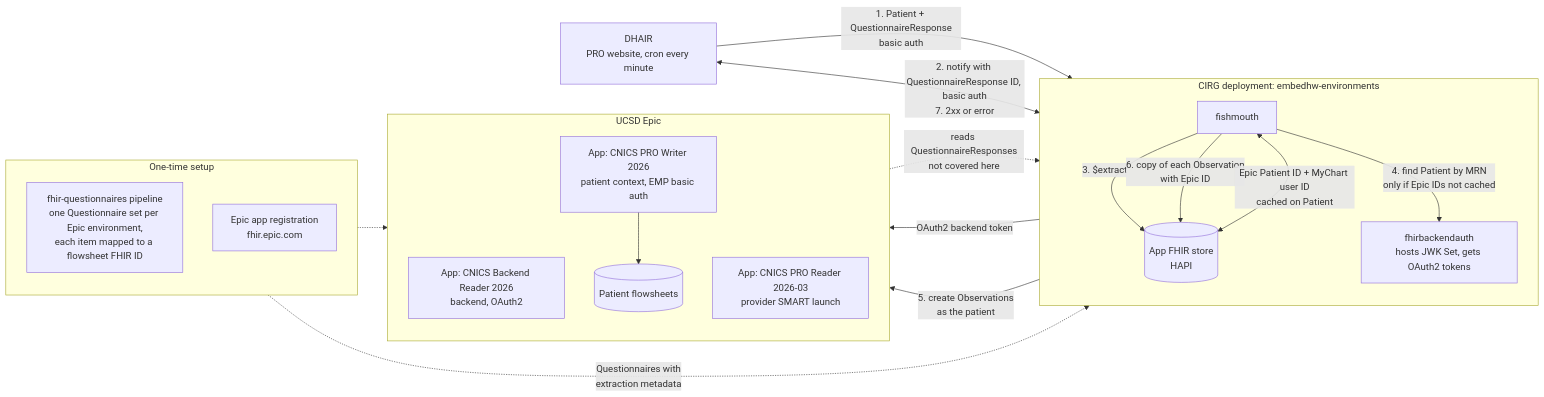
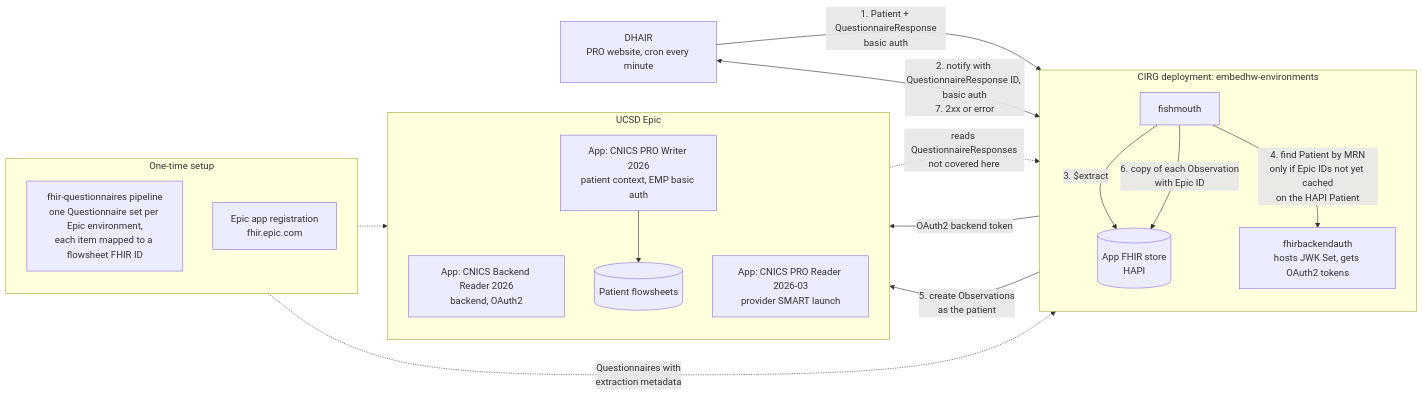
One commit to uwcirg/embedhw-environments changed the first of 3 diagrams in docs/epic-write-flow.md. Above: the diagram before and after it, drawn with Mermaid.

Commit message:
Last edit broke one of the diagrams, hoping this fixes it.

````diff
--- a/docs/epic-write-flow.md
+++ b/docs/epic-write-flow.md
@@ -14,41 +14,40 @@
 ```mermaid
 flowchart LR
     subgraph PREP["One-time setup"]
         direction TB
         FQ["fhir-questionnaires pipeline<br/>one Questionnaire set per Epic environment,<br/>each item mapped to a flowsheet FHIR ID"]
         REG["Epic app registration<br/>fhir.epic.com"]
     end
 
     DHAIR["DHAIR<br/>PRO website, cron every minute"]
 
     subgraph CIRG["CIRG deployment: embedhw-environments"]
         direction TB
         HAPI[("App FHIR store<br/>HAPI")]
         FM["fishmouth"]
         FBA["fhirbackendauth<br/>hosts JWK Set, gets OAuth2 tokens"]
     end
 
     subgraph EPIC["UCSD Epic"]
         direction TB
         BAPP["App: CNICS Backend Reader 2026<br/>backend, OAuth2"]
         WAPP["App: CNICS PRO Writer 2026<br/>patient context, EMP basic auth"]
         RAPP["App: CNICS PRO Reader 2026-03<br/>provider SMART launch"]
         FS[("Patient flowsheets")]
     end
 
     DHAIR -->|"1. Patient + QuestionnaireResponse<br/>basic auth"| HAPI
     DHAIR <-->|"2. notify with QuestionnaireResponse ID, basic auth<br/>7. 2xx or error"| FM
     FM -->|"3. $extract"| HAPI
-    FM -->|"4. find Patient by MRN<br/>only if Epic IDs not cached"| FBA
+    FM -->|"4. find Patient by MRN<br/>only if Epic IDs not yet cached<br/>on the HAPI Patient"| FBA
     FBA -->|"OAuth2 backend token"| BAPP
     FM -->|"5. create Observations<br/>as the patient"| WAPP
     WAPP --> FS
     FM -->|"6. copy of each Observation<br/>with Epic ID"| HAPI
-    FM <-->|"Epic Patient ID + MyChart user ID<br/>cached on Patient"| HAPI
 
     %% invisible link: keeps DHAIR just right of the setup block
     FQ ~~~ DHAIR
     FQ -.->|"Questionnaires with<br/>extraction metadata"| HAPI
     REG -.-> EPIC
     RAPP -.->|"reads QuestionnaireResponses<br/>not covered here"| HAPI
 ```
````
